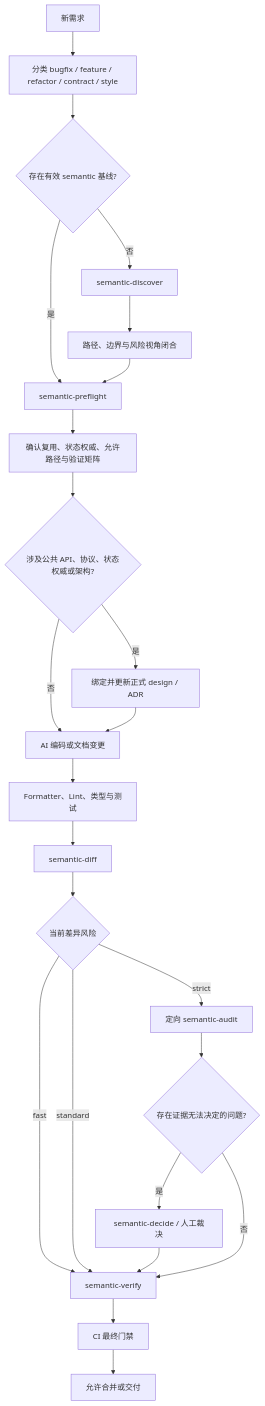
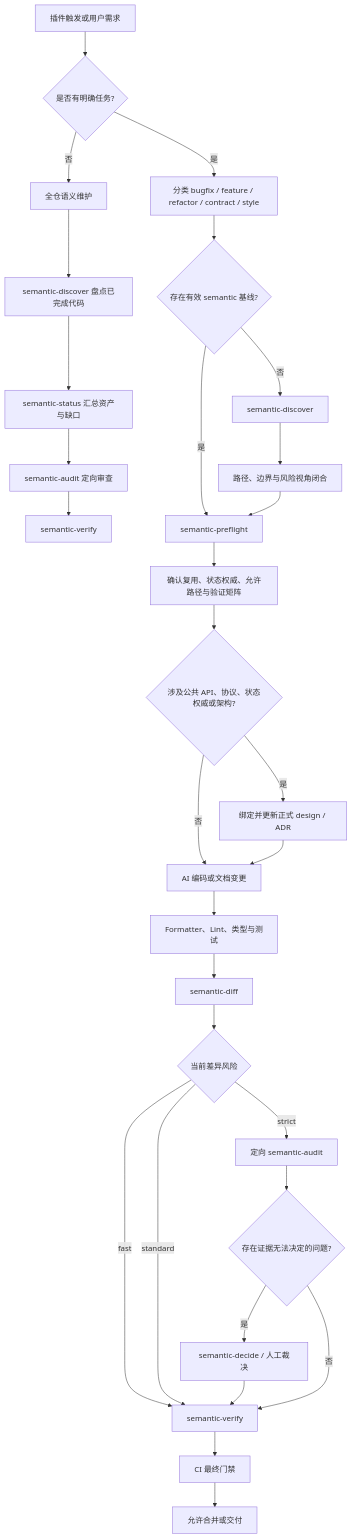
Before and after one commit to EchoYue-lp/echo-semantic: the second of 9 diagrams in docs/supreme/specs/plugin-architecture/design.md, drawn with Mermaid. The commit also changed other lines of this file and 68 other files, not shown here.

````diff
--- a/docs/supreme/specs/plugin-architecture/design.md
+++ b/docs/supreme/specs/plugin-architecture/design.md
@@ -178,26 +183,32 @@
 ```mermaid
 flowchart TD
-  Request[新需求] --> Classify[分类 bugfix / feature / refactor / contract / style]
+  Request[插件触发或用户需求] --> Scope{是否有明确任务?}
+  Scope -- 否 --> Maintenance[全仓语义维护]
+  Scope -- 是 --> Classify[分类 bugfix / feature / refactor / contract / style]
+  Maintenance --> DiscoverAll[semantic-discover 盘点已完成代码]
+  DiscoverAll --> StatusAll[semantic-status 汇总资产与缺口]
+  StatusAll --> AuditAll[semantic-audit 定向审查]
+  AuditAll --> VerifyAll[semantic-verify]
   Classify --> Baseline{存在有效 semantic 基线?}
   Baseline -- 否 --> Discover[semantic-discover]
   Discover --> BaselineReady[路径、边界与风险视角闭合]
   Baseline -- 是 --> Preflight
   BaselineReady --> Preflight[semantic-preflight]
   Preflight --> Reuse[确认复用、状态权威、允许路径与验证矩阵]
   Reuse --> Architecture{涉及公共 API、协议、状态权威或架构?}
   Architecture -- 是 --> Authority[绑定并更新正式 design / ADR]
   Architecture -- 否 --> Coding[AI 编码或文档变更]
   Authority --> Coding
   Coding --> Engineering[Formatter、Lint、类型与测试]
   Engineering --> Diff[semantic-diff]
   Diff --> Risk{当前差异风险}
   Risk -- fast --> Verify[semantic-verify]
   Risk -- standard --> Verify
   Risk -- strict --> Audit[定向 semantic-audit]
   Audit --> Decision{存在证据无法决定的问题?}
   Decision -- 是 --> Human[semantic-decide / 人工裁决]
   Human --> Verify
   Decision -- 否 --> Verify
   Verify --> CI[CI 最终门禁]
   CI --> Done[允许合并或交付]
 ```
````
